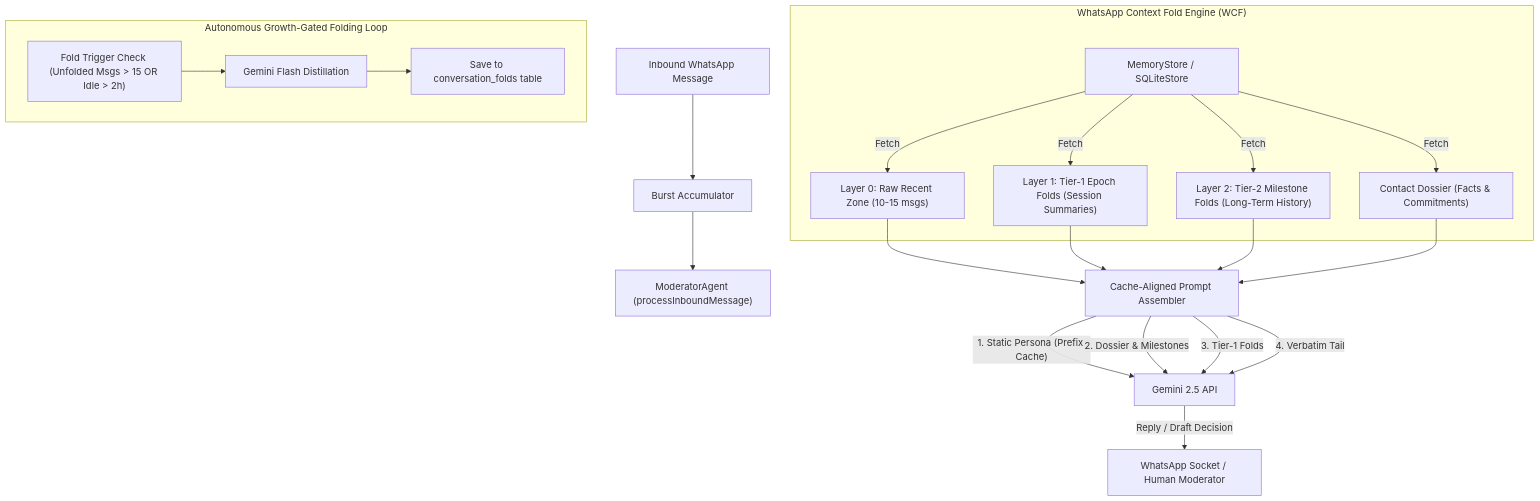
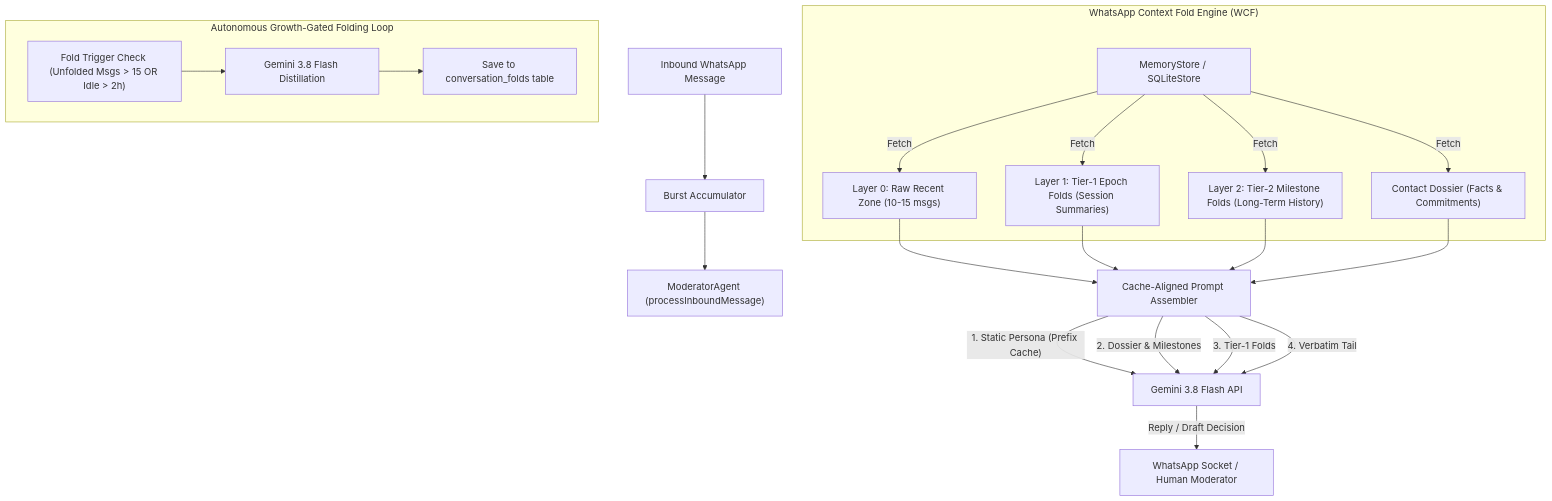
The diagram in docs/plans/2026-11-06-whatsapp-context-fold.md (imMamdouhaboammar/whatsapp-agent), drawn with Mermaid before and after one commit. The commit also changed other lines of this file, not shown here.

Commit message:
docs(plan): update background folding model to gemini-3.8-flash

````diff
--- a/docs/plans/2026-11-06-whatsapp-context-fold.md
+++ b/docs/plans/2026-11-06-whatsapp-context-fold.md
@@ -49,30 +49,30 @@
 ```mermaid
 flowchart TD
     INBOUND["Inbound WhatsApp Message"] --> BURST["Burst Accumulator"]
     BURST --> MOD["ModeratorAgent (processInboundMessage)"]
 
     subgraph ENGINE ["WhatsApp Context Fold Engine (WCF)"]
         STORE["MemoryStore / SQLiteStore"]
         STORE -->|"Fetch"| RECENT["Layer 0: Raw Recent Zone (10-15 msgs)"]
         STORE -->|"Fetch"| TIER1["Layer 1: Tier-1 Epoch Folds (Session Summaries)"]
         STORE -->|"Fetch"| TIER2["Layer 2: Tier-2 Milestone Folds (Long-Term History)"]
         STORE -->|"Fetch"| DOSSIER["Contact Dossier (Facts & Commitments)"]
     end
 
     RECENT --> PROMPT_BUILDER["Cache-Aligned Prompt Assembler"]
     TIER1 --> PROMPT_BUILDER
     TIER2 --> PROMPT_BUILDER
     DOSSIER --> PROMPT_BUILDER
 
-    PROMPT_BUILDER -->|"1. Static Persona (Prefix Cache)"| GEMINI["Gemini 2.5 API"]
+    PROMPT_BUILDER -->|"1. Static Persona (Prefix Cache)"| GEMINI["Gemini 3.8 Flash API"]
     PROMPT_BUILDER -->|"2. Dossier & Milestones"| GEMINI
     PROMPT_BUILDER -->|"3. Tier-1 Folds"| GEMINI
     PROMPT_BUILDER -->|"4. Verbatim Tail"| GEMINI
 
     GEMINI -->|"Reply / Draft Decision"| OUT["WhatsApp Socket / Human Moderator"]
     
     subgraph BACKGROUND ["Autonomous Growth-Gated Folding Loop"]
-        MONITOR["Fold Trigger Check (Unfolded Msgs > 15 OR Idle > 2h)"] --> SUMMARIZER["Gemini Flash Distillation"]
+        MONITOR["Fold Trigger Check (Unfolded Msgs > 15 OR Idle > 2h)"] --> SUMMARIZER["Gemini 3.8 Flash Distillation"]
         SUMMARIZER --> SAVE_FOLD["Save to conversation_folds table"]
     end
 ```
````
